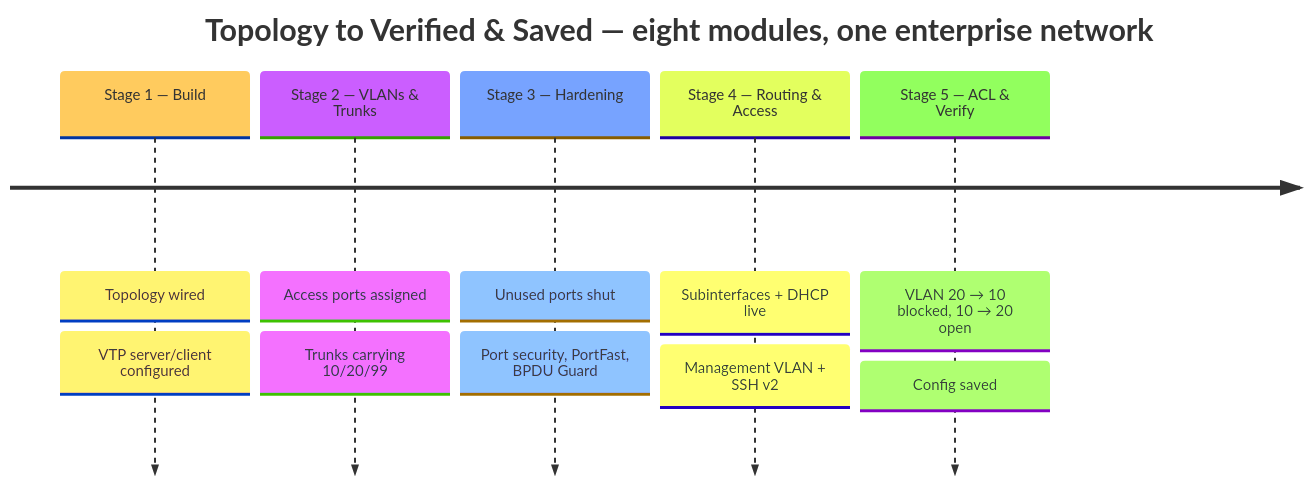
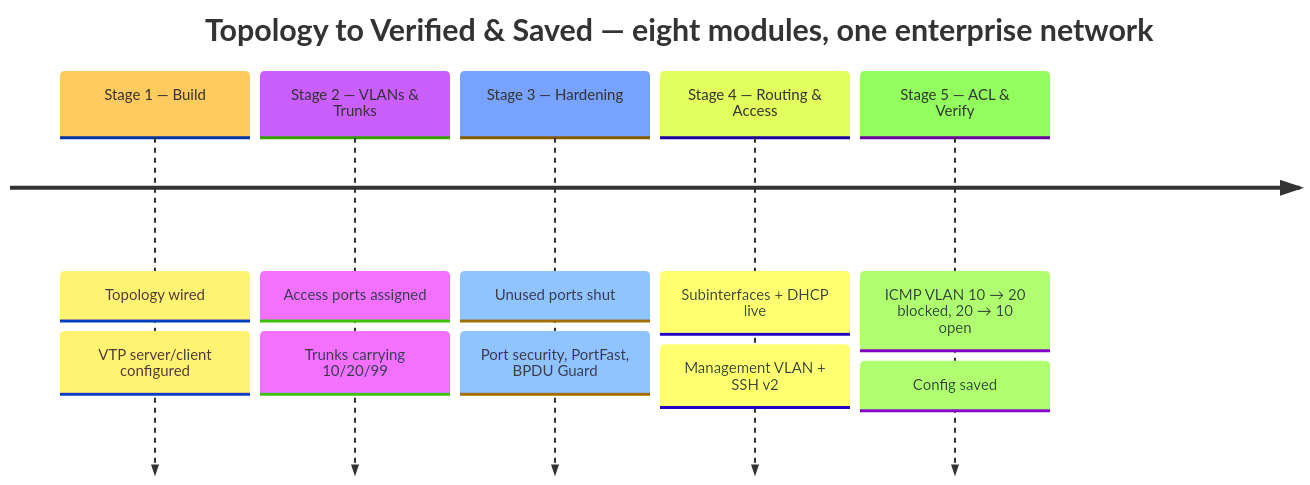
Before and after one commit to malaika-azhar/Cybersecurity-Lab-Projects: the second of 3 diagrams in 1-Foundational-Projects/project-10-vlan-segmentation-intervlan-routing/README.md, drawn with Mermaid. The commit also changed other lines of this file, not shown here.

````diff
--- a/1-Foundational-Projects/project-10-vlan-segmentation-intervlan-routing/README.md
+++ b/1-Foundational-Projects/project-10-vlan-segmentation-intervlan-routing/README.md
@@ -191,10 +192,10 @@
 ```mermaid
 %%{init: {'theme': 'base', 'themeVariables': {'fontSize': '15px'}, 'timeline': {'disableMulticolor': false}}}%%
 timeline
     title Topology to Verified & Saved — eight modules, one enterprise network
     Stage 1 — Build : Topology wired : VTP server/client configured
     Stage 2 — VLANs & Trunks : Access ports assigned : Trunks carrying 10/20/99
     Stage 3 — Hardening : Unused ports shut : Port security, PortFast, BPDU Guard
     Stage 4 — Routing & Access : Subinterfaces + DHCP live : Management VLAN + SSH v2
-    Stage 5 — ACL & Verify : VLAN 20 → 10 blocked, 10 → 20 open : Config saved
+    Stage 5 — ACL & Verify : ICMP VLAN 10 → 20 blocked, 20 → 10 open : Config saved
 ```
````
